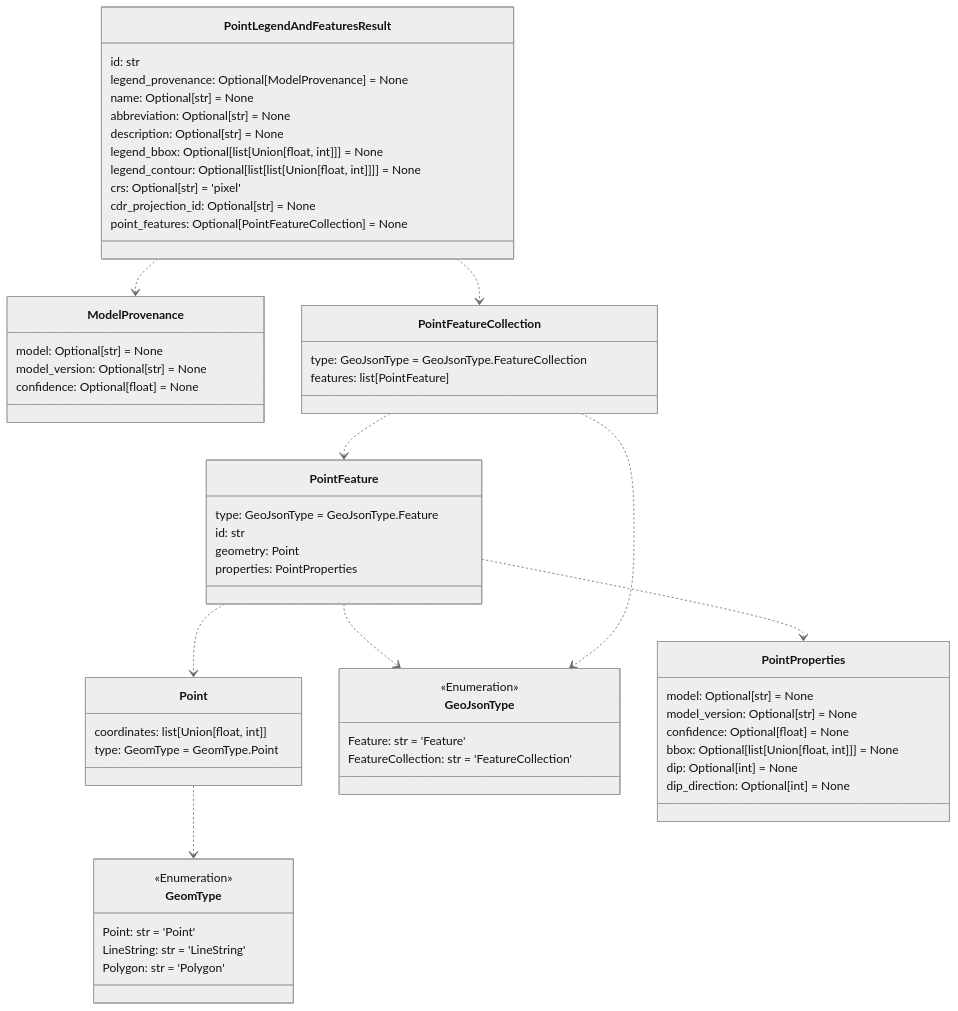
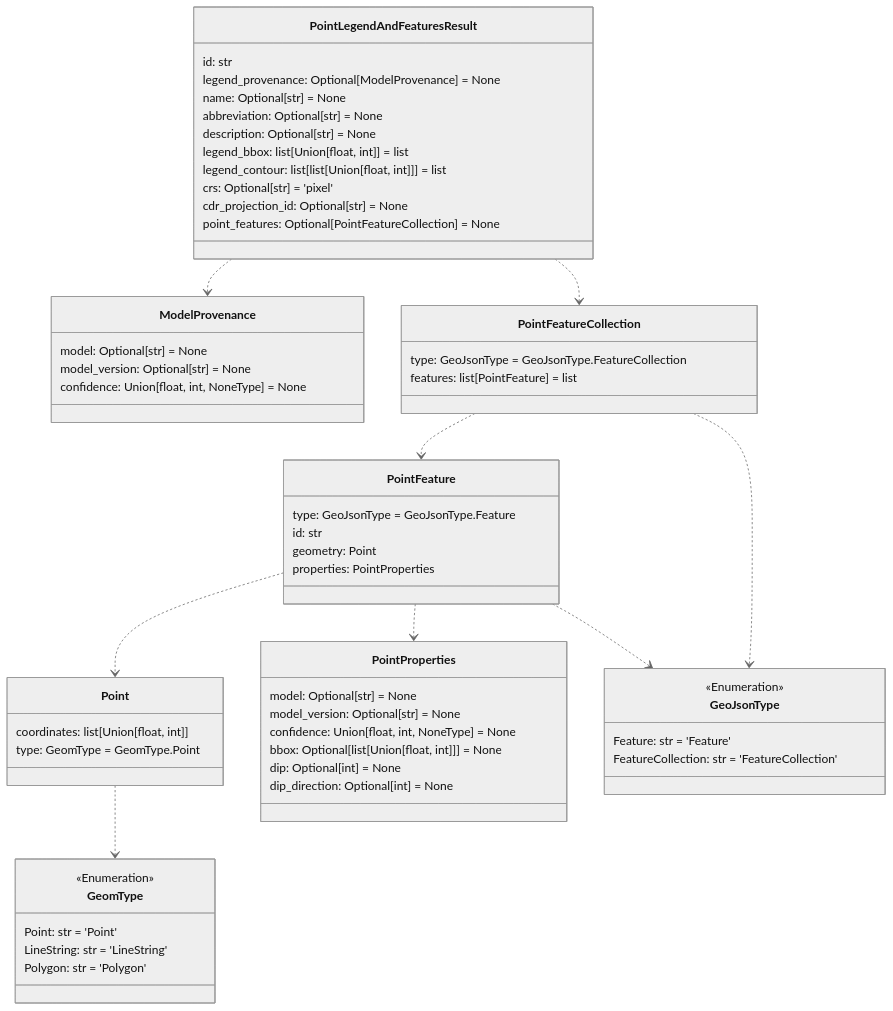
Before and after one commit to DARPA-CRITICALMAAS/cdr_schemas: the fifth of 12 diagrams in README.md, drawn with Mermaid (neutral theme). The commit also changed other lines of this file and 7 other files, not shown here.

````diff
--- a/README.md
+++ b/README.md
@@ -353,72 +353,72 @@
 ```mermaid
 classDiagram
-
-    class Point {
-        coordinates: list[Union[float, int]]
-        type: GeomType = GeomType.Point
-    }
-
-    class ModelProvenance {
-        model: Optional[str] = None
-        model_version: Optional[str] = None
-        confidence: Optional[float] = None
-    }
 
     class PointLegendAndFeaturesResult {
         id: str
         legend_provenance: Optional[ModelProvenance] = None
         name: Optional[str] = None
         abbreviation: Optional[str] = None
         description: Optional[str] = None
-        legend_bbox: Optional[list[Union[float, int]]] = None
-        legend_contour: Optional[list[list[Union[float, int]]]] = None
+        legend_bbox: list[Union[float, int]] = list
+        legend_contour: list[list[Union[float, int]]] = list
         crs: Optional[str] = 'pixel'
         cdr_projection_id: Optional[str] = None
         point_features: Optional[PointFeatureCollection] = None
+    }
+
+    class Point {
+        coordinates: list[Union[float, int]]
+        type: GeomType = GeomType.Point
+    }
+
+    class PointProperties {
+        model: Optional[str] = None
+        model_version: Optional[str] = None
+        confidence: Union[float, int, NoneType] = None
+        bbox: Optional[list[Union[float, int]]] = None
+        dip: Optional[int] = None
+        dip_direction: Optional[int] = None
+    }
+
+    class GeomType {
+        <<Enumeration>>
+        Point: str = 'Point'
+        LineString: str = 'LineString'
+        Polygon: str = 'Polygon'
+    }
+
+    class ModelProvenance {
+        model: Optional[str] = None
+        model_version: Optional[str] = None
+        confidence: Union[float, int, NoneType] = None
+    }
+
+    class PointFeatureCollection {
+        type: GeoJsonType = GeoJsonType.FeatureCollection
+        features: list[PointFeature] = list
     }
 
     class GeoJsonType {
         <<Enumeration>>
         Feature: str = 'Feature'
         FeatureCollection: str = 'FeatureCollection'
-    }
-
-    class PointFeatureCollection {
-        type: GeoJsonType = GeoJsonType.FeatureCollection
-        features: list[PointFeature]
-    }
-
-    class PointProperties {
-        model: Optional[str] = None
-        model_version: Optional[str] = None
-        confidence: Optional[float] = None
-        bbox: Optional[list[Union[float, int]]] = None
-        dip: Optional[int] = None
-        dip_direction: Optional[int] = None
     }
 
     class PointFeature {
         type: GeoJsonType = GeoJsonType.Feature
         id: str
         geometry: Point
         properties: PointProperties
     }
 
-    class GeomType {
-        <<Enumeration>>
-        Point: str = 'Point'
-        LineString: str = 'LineString'
-        Polygon: str = 'Polygon'
-    }
-
     Point ..> GeomType
-    PointFeature ..> GeoJsonType
     PointFeature ..> PointProperties
     PointFeature ..> Point
+    PointFeature ..> GeoJsonType
     PointFeatureCollection ..> PointFeature
     PointFeatureCollection ..> GeoJsonType
+    PointLegendAndFeaturesResult ..> ModelProvenance
     PointLegendAndFeaturesResult ..> PointFeatureCollection
-    PointLegendAndFeaturesResult ..> ModelProvenance
 
 
 ```
````
